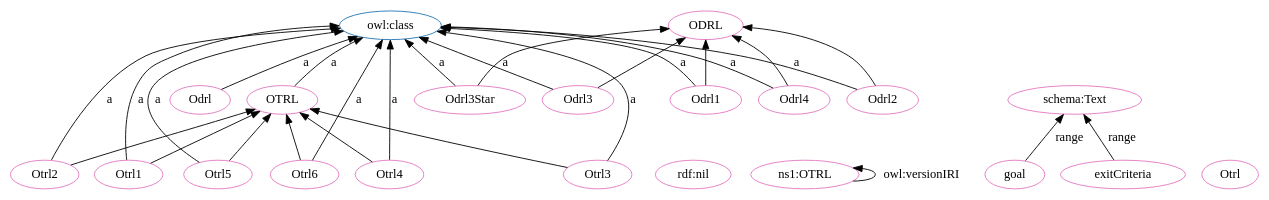
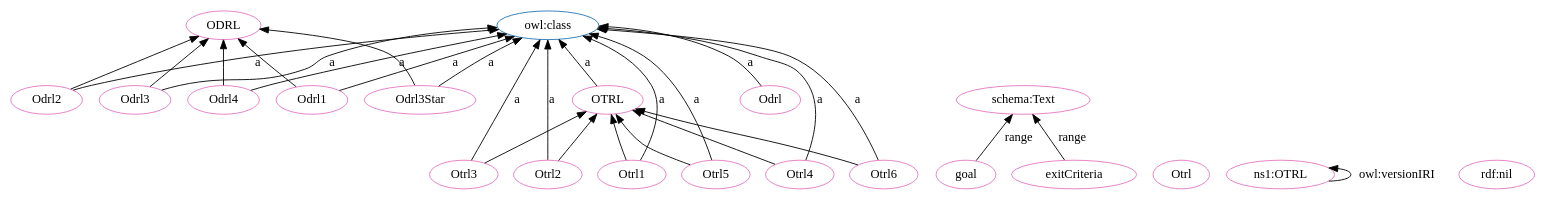
One commit to OPEN-NEXT/OKH-LOSH changed the diagram in OTRL-clean.dot. Above: the diagram before and after it, drawn with Graphviz. The commit also changed other lines of this file and 15 other files, not shown here.

```diff
--- a/OTRL-clean.dot
+++ b/OTRL-clean.dot
@@ -1,54 +1,54 @@
 digraph G {
   rankdir=BT
   node[height=.3]
 "http://purl.org/oseg/ontologies/OTRL#OTRL" [fillcolor="#1f77b4" color="#1f77b4" label="OTRL"]
 "http://www.w3.org/2002/07/owl#class" [fillcolor="#1f77b4" color="#1f77b4" label="owl:class"]
 "http://purl.org/oseg/ontologies/OTRL#ODRL" [fillcolor="#1f77b4" color="#1f77b4" label="ODRL"]
+"http://purl.org/oseg/ontologies/OTRL#Odrl2" [fillcolor="#e377c2" color="#e377c2" label="Odrl2"]
+"http://schema.org/Text" [fillcolor="#e377c2" color="#e377c2" label="schema:Text"]
+"http://purl.org/oseg/ontologies/OTRL#goal" [fillcolor="#e377c2" color="#e377c2" label="goal"]
+"http://purl.org/oseg/ontologies/OTRL#ODRL" [fillcolor="#e377c2" color="#e377c2" label="ODRL"]
+"http://purl.org/oseg/ontologies/OTRL#OTRL" [fillcolor="#e377c2" color="#e377c2" label="OTRL"]
+"http://purl.org/oseg/ontologies/OTRL#Otrl" [fillcolor="#e377c2" color="#e377c2" label="Otrl"]
+"http://purl.org/oseg/ontologies/OTRL" [fillcolor="#e377c2" color="#e377c2" label="ns1:OTRL"]
+"http://purl.org/oseg/ontologies/OTRL#Odrl" [fillcolor="#e377c2" color="#e377c2" label="Odrl"]
+"http://purl.org/oseg/ontologies/OTRL#Odrl1" [fillcolor="#e377c2" color="#e377c2" label="Odrl1"]
+"http://purl.org/oseg/ontologies/OTRL#Odrl3Star" [fillcolor="#e377c2" color="#e377c2" label="Odrl3Star"]
+"http://purl.org/oseg/ontologies/OTRL#exitCriteria" [fillcolor="#e377c2" color="#e377c2" label="exitCriteria"]
+"http://www.w3.org/1999/02/22-rdf-syntax-ns#nil" [fillcolor="#e377c2" color="#e377c2" label="rdf:nil"]
+"http://purl.org/oseg/ontologies/OTRL#Odrl4" [fillcolor="#e377c2" color="#e377c2" label="Odrl4"]
+"http://purl.org/oseg/ontologies/OTRL#Otrl1" [fillcolor="#e377c2" color="#e377c2" label="Otrl1"]
+"http://purl.org/oseg/ontologies/OTRL#Odrl3" [fillcolor="#e377c2" color="#e377c2" label="Odrl3"]
+"http://purl.org/oseg/ontologies/OTRL#Otrl6" [fillcolor="#e377c2" color="#e377c2" label="Otrl6"]
 "http://purl.org/oseg/ontologies/OTRL#Otrl3" [fillcolor="#e377c2" color="#e377c2" label="Otrl3"]
-"http://purl.org/oseg/ontologies/OTRL#Odrl" [fillcolor="#e377c2" color="#e377c2" label="Odrl"]
 "http://purl.org/oseg/ontologies/OTRL#Otrl2" [fillcolor="#e377c2" color="#e377c2" label="Otrl2"]
-"http://purl.org/oseg/ontologies/OTRL#Odrl2" [fillcolor="#e377c2" color="#e377c2" label="Odrl2"]
-"http://purl.org/oseg/ontologies/OTRL#Odrl3Star" [fillcolor="#e377c2" color="#e377c2" label="Odrl3Star"]
-"http://purl.org/oseg/ontologies/OTRL#ODRL" [fillcolor="#e377c2" color="#e377c2" label="ODRL"]
 "http://purl.org/oseg/ontologies/OTRL#Otrl4" [fillcolor="#e377c2" color="#e377c2" label="Otrl4"]
-"http://purl.org/oseg/ontologies/OTRL#Odrl4" [fillcolor="#e377c2" color="#e377c2" label="Odrl4"]
-"http://purl.org/oseg/ontologies/OTRL#Odrl3" [fillcolor="#e377c2" color="#e377c2" label="Odrl3"]
-"http://www.w3.org/1999/02/22-rdf-syntax-ns#nil" [fillcolor="#e377c2" color="#e377c2" label="rdf:nil"]
-"http://purl.org/oseg/ontologies/OTRL" [fillcolor="#e377c2" color="#e377c2" label="ns1:OTRL"]
-"http://purl.org/oseg/ontologies/OTRL#goal" [fillcolor="#e377c2" color="#e377c2" label="goal"]
-"http://purl.org/oseg/ontologies/OTRL#OTRL" [fillcolor="#e377c2" color="#e377c2" label="OTRL"]
-"http://purl.org/oseg/ontologies/OTRL#Otrl1" [fillcolor="#e377c2" color="#e377c2" label="Otrl1"]
-"http://purl.org/oseg/ontologies/OTRL#exitCriteria" [fillcolor="#e377c2" color="#e377c2" label="exitCriteria"]
-"http://purl.org/oseg/ontologies/OTRL#Otrl6" [fillcolor="#e377c2" color="#e377c2" label="Otrl6"]
-"http://purl.org/oseg/ontologies/OTRL#Otrl" [fillcolor="#e377c2" color="#e377c2" label="Otrl"]
-"http://schema.org/Text" [fillcolor="#e377c2" color="#e377c2" label="schema:Text"]
-"http://purl.org/oseg/ontologies/OTRL#Odrl1" [fillcolor="#e377c2" color="#e377c2" label="Odrl1"]
 "http://purl.org/oseg/ontologies/OTRL#Otrl5" [fillcolor="#e377c2" color="#e377c2" label="Otrl5"]
+  "http://purl.org/oseg/ontologies/OTRL#Odrl2" -> "http://www.w3.org/2002/07/owl#class" [label="a"]
+  "http://purl.org/oseg/ontologies/OTRL#exitCriteria" -> "http://schema.org/Text" [label="range"]
+  "http://purl.org/oseg/ontologies/OTRL#Odrl4" -> "http://purl.org/oseg/ontologies/OTRL#ODRL" [label=""]
+  "http://purl.org/oseg/ontologies/OTRL#Otrl4" -> "http://purl.org/oseg/ontologies/OTRL#OTRL" [label=""]
+  "http://purl.org/oseg/ontologies/OTRL#Odrl3Star" -> "http://www.w3.org/2002/07/owl#class" [label="a"]
+  "http://purl.org/oseg/ontologies/OTRL#Odrl3" -> "http://purl.org/oseg/ontologies/OTRL#ODRL" [label=""]
+  "http://purl.org/oseg/ontologies/OTRL#Odrl4" -> "http://www.w3.org/2002/07/owl#class" [label="a"]
+  "http://purl.org/oseg/ontologies/OTRL#Odrl3" -> "http://www.w3.org/2002/07/owl#class" [label="a"]
+  "http://purl.org/oseg/ontologies/OTRL#OTRL" -> "http://www.w3.org/2002/07/owl#class" [label="a"]
+  "http://purl.org/oseg/ontologies/OTRL#Otrl6" -> "http://purl.org/oseg/ontologies/OTRL#OTRL" [label=""]
+  "http://purl.org/oseg/ontologies/OTRL#Otrl2" -> "http://www.w3.org/2002/07/owl#class" [label="a"]
+  "http://purl.org/oseg/ontologies/OTRL#Otrl4" -> "http://www.w3.org/2002/07/owl#class" [label="a"]
+  "http://purl.org/oseg/ontologies/OTRL#Otrl5" -> "http://www.w3.org/2002/07/owl#class" [label="a"]
+  "http://purl.org/oseg/ontologies/OTRL" -> "http://purl.org/oseg/ontologies/OTRL" [label="owl:versionIRI"]
+  "http://purl.org/oseg/ontologies/OTRL#Otrl2" -> "http://purl.org/oseg/ontologies/OTRL#OTRL" [label=""]
+  "http://purl.org/oseg/ontologies/OTRL#Otrl1" -> "http://purl.org/oseg/ontologies/OTRL#OTRL" [label=""]
+  "http://purl.org/oseg/ontologies/OTRL#Odrl1" -> "http://www.w3.org/2002/07/owl#class" [label="a"]
+  "http://purl.org/oseg/ontologies/OTRL#goal" -> "http://schema.org/Text" [label="range"]
+  "http://purl.org/oseg/ontologies/OTRL#Otrl5" -> "http://purl.org/oseg/ontologies/OTRL#OTRL" [label=""]
+  "http://purl.org/oseg/ontologies/OTRL#Otrl1" -> "http://www.w3.org/2002/07/owl#class" [label="a"]
+  "http://purl.org/oseg/ontologies/OTRL#Otrl6" -> "http://www.w3.org/2002/07/owl#class" [label="a"]
+  "http://purl.org/oseg/ontologies/OTRL#Odrl1" -> "http://purl.org/oseg/ontologies/OTRL#ODRL" [label=""]
+  "http://purl.org/oseg/ontologies/OTRL#Odrl3Star" -> "http://purl.org/oseg/ontologies/OTRL#ODRL" [label=""]
+  "http://purl.org/oseg/ontologies/OTRL#Otrl3" -> "http://purl.org/oseg/ontologies/OTRL#OTRL" [label=""]
+  "http://purl.org/oseg/ontologies/OTRL#Odrl" -> "http://www.w3.org/2002/07/owl#class" [label="a"]
   "http://purl.org/oseg/ontologies/OTRL#Otrl3" -> "http://www.w3.org/2002/07/owl#class" [label="a"]
-  "http://purl.org/oseg/ontologies/OTRL#Odrl2" -> "http://www.w3.org/2002/07/owl#class" [label="a"]
-  "http://purl.org/oseg/ontologies/OTRL#Odrl3Star" -> "http://purl.org/oseg/ontologies/OTRL#ODRL" [label=""]
-  "http://purl.org/oseg/ontologies/OTRL#Otrl4" -> "http://www.w3.org/2002/07/owl#class" [label="a"]
-  "http://purl.org/oseg/ontologies/OTRL#Odrl4" -> "http://www.w3.org/2002/07/owl#class" [label="a"]
-  "http://purl.org/oseg/ontologies/OTRL#Otrl6" -> "http://purl.org/oseg/ontologies/OTRL#OTRL" [label=""]
-  "http://purl.org/oseg/ontologies/OTRL#Otrl1" -> "http://www.w3.org/2002/07/owl#class" [label="a"]
-  "http://purl.org/oseg/ontologies/OTRL#Otrl5" -> "http://purl.org/oseg/ontologies/OTRL#OTRL" [label=""]
-  "http://purl.org/oseg/ontologies/OTRL#Otrl1" -> "http://purl.org/oseg/ontologies/OTRL#OTRL" [label=""]
-  "http://purl.org/oseg/ontologies/OTRL" -> "http://purl.org/oseg/ontologies/OTRL" [label="owl:versionIRI"]
   "http://purl.org/oseg/ontologies/OTRL#Odrl2" -> "http://purl.org/oseg/ontologies/OTRL#ODRL" [label=""]
-  "http://purl.org/oseg/ontologies/OTRL#Otrl3" -> "http://purl.org/oseg/ontologies/OTRL#OTRL" [label=""]
-  "http://purl.org/oseg/ontologies/OTRL#Otrl6" -> "http://www.w3.org/2002/07/owl#class" [label="a"]
-  "http://purl.org/oseg/ontologies/OTRL#Otrl2" -> "http://purl.org/oseg/ontologies/OTRL#OTRL" [label=""]
-  "http://purl.org/oseg/ontologies/OTRL#Odrl1" -> "http://www.w3.org/2002/07/owl#class" [label="a"]
-  "http://purl.org/oseg/ontologies/OTRL#Otrl5" -> "http://www.w3.org/2002/07/owl#class" [label="a"]
-  "http://purl.org/oseg/ontologies/OTRL#Odrl" -> "http://www.w3.org/2002/07/owl#class" [label="a"]
-  "http://purl.org/oseg/ontologies/OTRL#Otrl2" -> "http://www.w3.org/2002/07/owl#class" [label="a"]
-  "http://purl.org/oseg/ontologies/OTRL#Odrl3Star" -> "http://www.w3.org/2002/07/owl#class" [label="a"]
-  "http://purl.org/oseg/ontologies/OTRL#Odrl3" -> "http://www.w3.org/2002/07/owl#class" [label="a"]
-  "http://purl.org/oseg/ontologies/OTRL#Odrl4" -> "http://purl.org/oseg/ontologies/OTRL#ODRL" [label=""]
-  "http://purl.org/oseg/ontologies/OTRL#Odrl1" -> "http://purl.org/oseg/ontologies/OTRL#ODRL" [label=""]
-  "http://purl.org/oseg/ontologies/OTRL#exitCriteria" -> "http://schema.org/Text" [label="range"]
-  "http://purl.org/oseg/ontologies/OTRL#Odrl3" -> "http://purl.org/oseg/ontologies/OTRL#ODRL" [label=""]
-  "http://purl.org/oseg/ontologies/OTRL#OTRL" -> "http://www.w3.org/2002/07/owl#class" [label="a"]
-  "http://purl.org/oseg/ontologies/OTRL#Otrl4" -> "http://purl.org/oseg/ontologies/OTRL#OTRL" [label=""]
-  "http://purl.org/oseg/ontologies/OTRL#goal" -> "http://schema.org/Text" [label="range"]
 }
```
